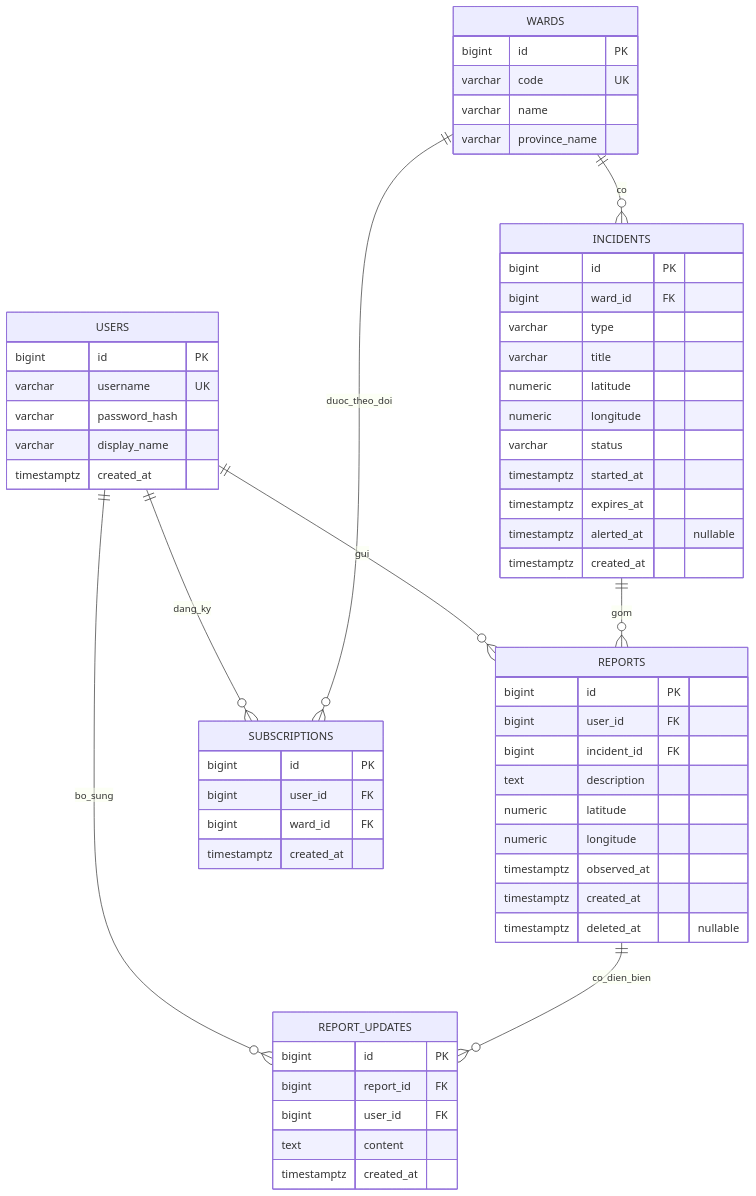
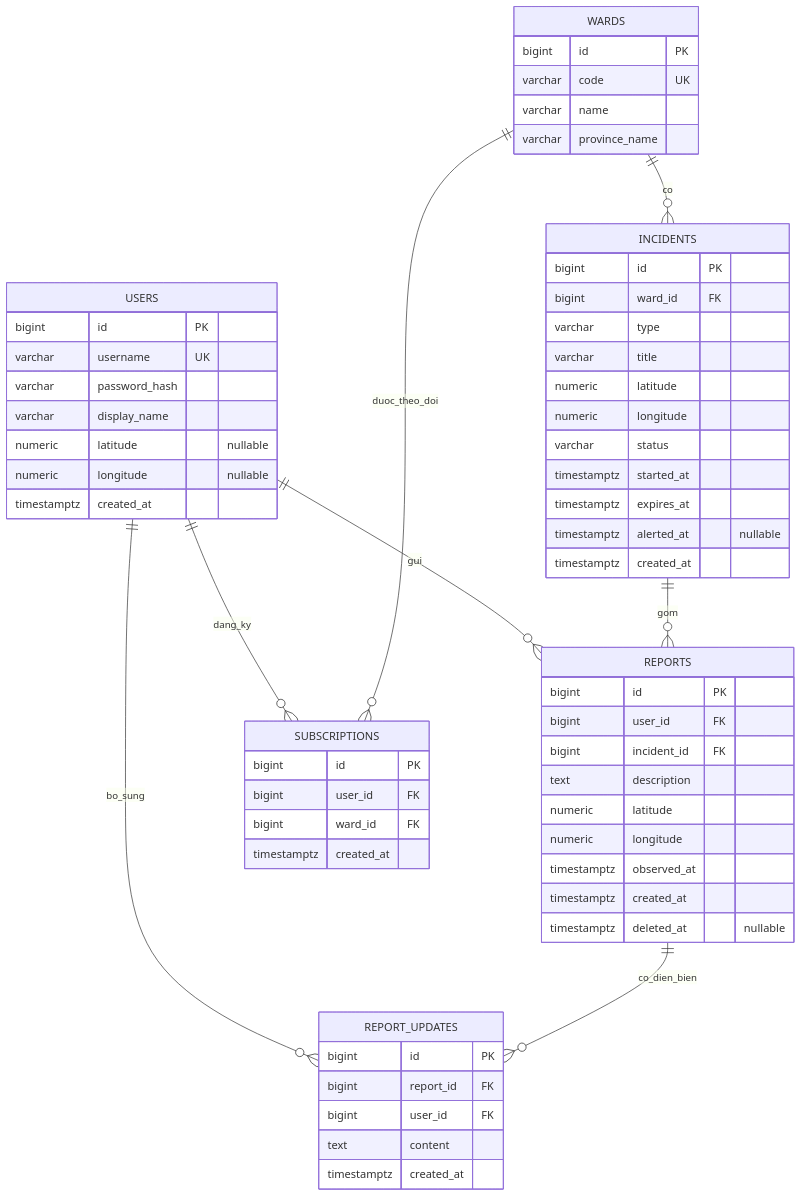
One commit to phatcaoduc2910/KieuMaiNotifier changed the diagram in README.md. Above: the diagram before and after it, drawn with Mermaid.

Commit message:
docs: add user coordinates to database diagram

````diff
--- a/README.md
+++ b/README.md
@@ -5,66 +5,68 @@
 ```mermaid
 erDiagram
     USERS ||--o{ REPORTS : "gui"
     USERS ||--o{ SUBSCRIPTIONS : "dang_ky"
     USERS ||--o{ REPORT_UPDATES : "bo_sung"
     WARDS ||--o{ INCIDENTS : "co"
     WARDS ||--o{ SUBSCRIPTIONS : "duoc_theo_doi"
     INCIDENTS ||--o{ REPORTS : "gom"
     REPORTS ||--o{ REPORT_UPDATES : "co_dien_bien"
 
     USERS {
         bigint id PK
         varchar username UK
         varchar password_hash
         varchar display_name
+        numeric latitude "nullable"
+        numeric longitude "nullable"
         timestamptz created_at
     }
 
     WARDS {
         bigint id PK
         varchar code UK
         varchar name
         varchar province_name
     }
 
     INCIDENTS {
         bigint id PK
         bigint ward_id FK
         varchar type
         varchar title
         numeric latitude
         numeric longitude
         varchar status
         timestamptz started_at
         timestamptz expires_at
         timestamptz alerted_at "nullable"
         timestamptz created_at
     }
 
     REPORTS {
         bigint id PK
         bigint user_id FK
         bigint incident_id FK
         text description
         numeric latitude
         numeric longitude
         timestamptz observed_at
         timestamptz created_at
         timestamptz deleted_at "nullable"
     }
 
     SUBSCRIPTIONS {
         bigint id PK
         bigint user_id FK
         bigint ward_id FK
         timestamptz created_at
     }
 
     REPORT_UPDATES {
         bigint id PK
         bigint report_id FK
         bigint user_id FK
         text content
         timestamptz created_at
     }
 ```
````
